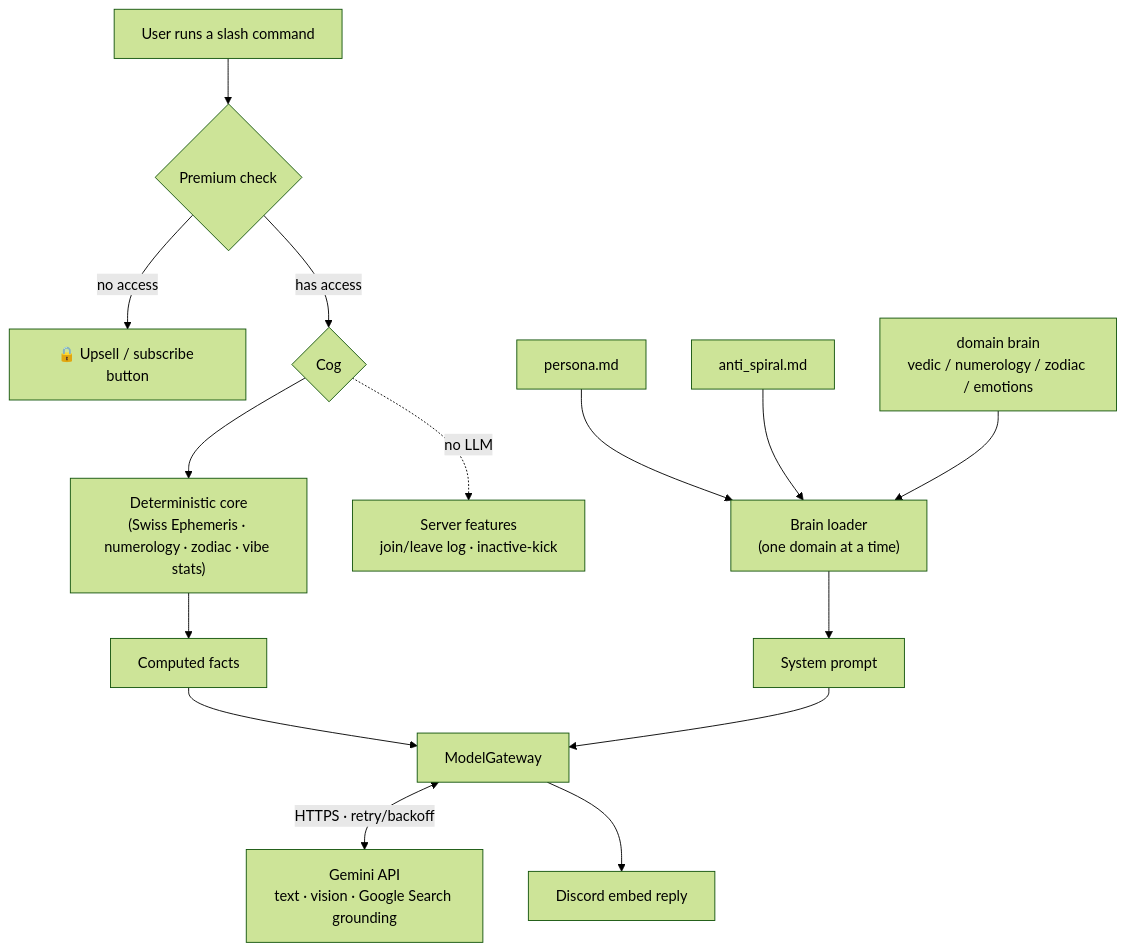
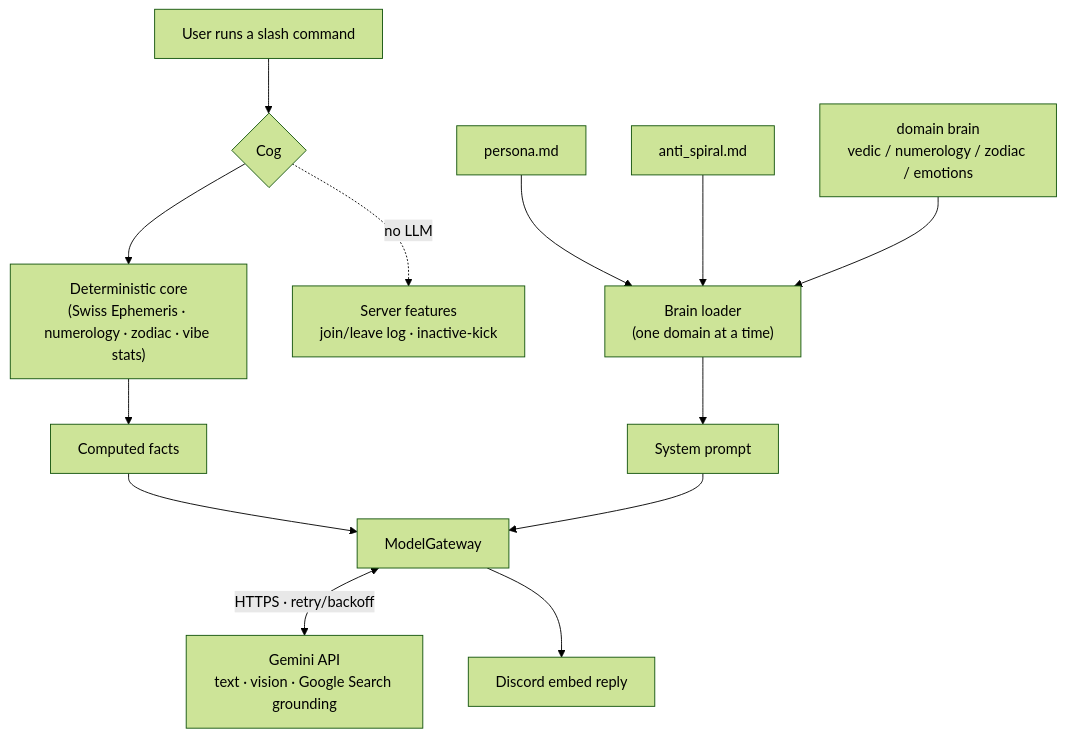
The first of 3 diagrams in README.md (shep95/zafven), drawn with Mermaid (forest theme) before and after one commit. The commit also changed other lines of this file and 14 other files, not shown here.

````diff
--- a/README.md
+++ b/README.md
@@ -26,17 +25,15 @@
 ```mermaid
 flowchart TD
-    U[User runs a slash command] --> PAY{Premium check}
-    PAY -->|no access| UP[🔒 Upsell / subscribe button]
-    PAY -->|has access| C{Cog}
+    U[User runs a slash command] --> C{Cog}
     C --> CORE["Deterministic core<br/>(Swiss Ephemeris · numerology · zodiac · vibe stats)"]
     CORE --> FACTS[Computed facts]
     BL["Brain loader<br/>(one domain at a time)"] --> SP[System prompt]
     PER[persona.md] --> BL
     GUARD[anti_spiral.md] --> BL
     DOM["domain brain<br/>vedic / numerology / zodiac / emotions"] --> BL
     FACTS --> GW[ModelGateway]
     SP --> GW
     GW <-->|HTTPS · retry/backoff| GEM["Gemini API<br/>text · vision · Google Search grounding"]
     GW --> EMB[Discord embed reply]
     C -.no LLM.-> SRV["Server features<br/>join/leave log · inactive-kick"]
 ```
````
